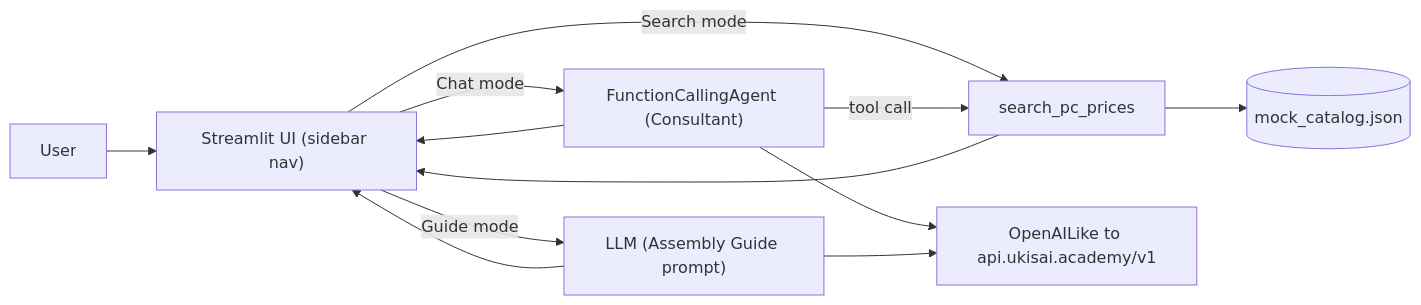
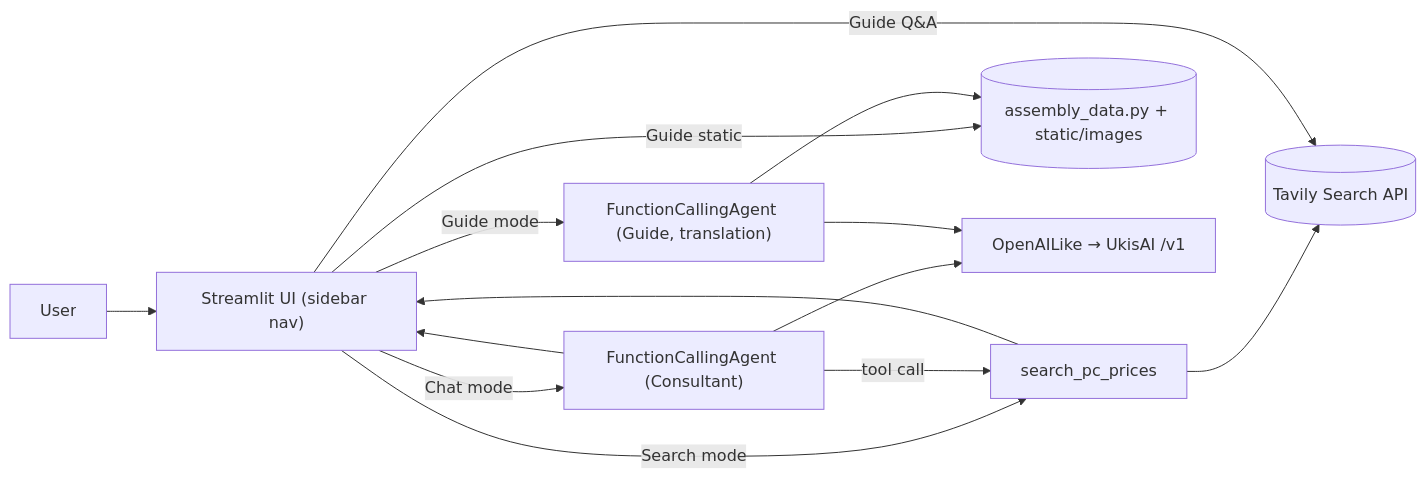
The diagram in README.md (Sreten56/AI-PC-Component-Assistant), drawn with Mermaid before and after one commit. The commit also changed other lines of this file and 13 other files, not shown here.

Commit message:
Final UI polish: Multilingual Assembly Guide, Theme Toggle, and Chat cleanup

````diff
--- a/README.md
+++ b/README.md
@@ -95,14 +96,16 @@
 ```mermaid
 flowchart LR
     User[User] --> UI["Streamlit UI (sidebar nav)"]
     UI -->|Search mode| Tool[search_pc_prices]
     UI -->|Chat mode| Consultant["FunctionCallingAgent (Consultant)"]
-    UI -->|Guide mode| Guide["LLM (Assembly Guide prompt)"]
+    UI -->|Guide mode| GuideAgent["FunctionCallingAgent (Guide, translation)"]
+    UI -->|Guide static| Local[(assembly_data.py + static/images)]
     Consultant -->|tool call| Tool
-    Tool --> Catalog[(mock_catalog.json)]
-    Consultant --> LLM["OpenAILike to api.ukisai.academy/v1"]
-    Guide --> LLM
+    Tool --> Tavily[(Tavily Search API)]
+    Consultant --> LLM["OpenAILike → UkisAI /v1"]
+    GuideAgent --> LLM
+    GuideAgent --> Local
     Tool --> UI
     Consultant --> UI
-    Guide --> UI
+    UI -->|Guide Q&A| Tavily
 ```
````
